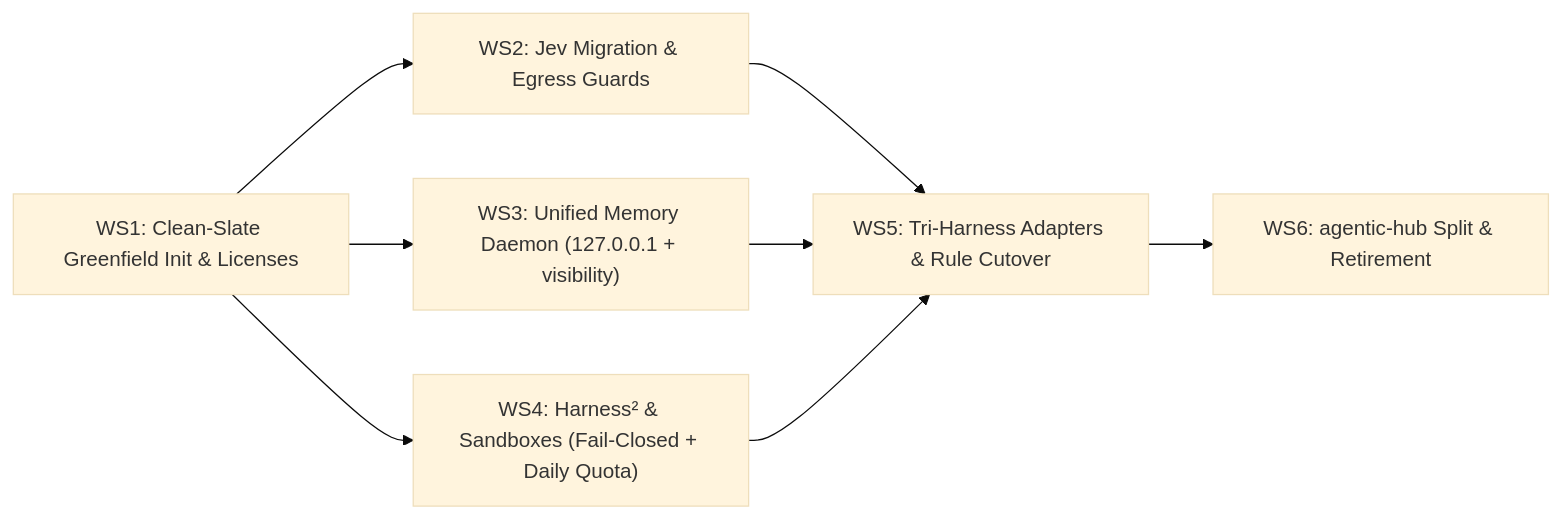
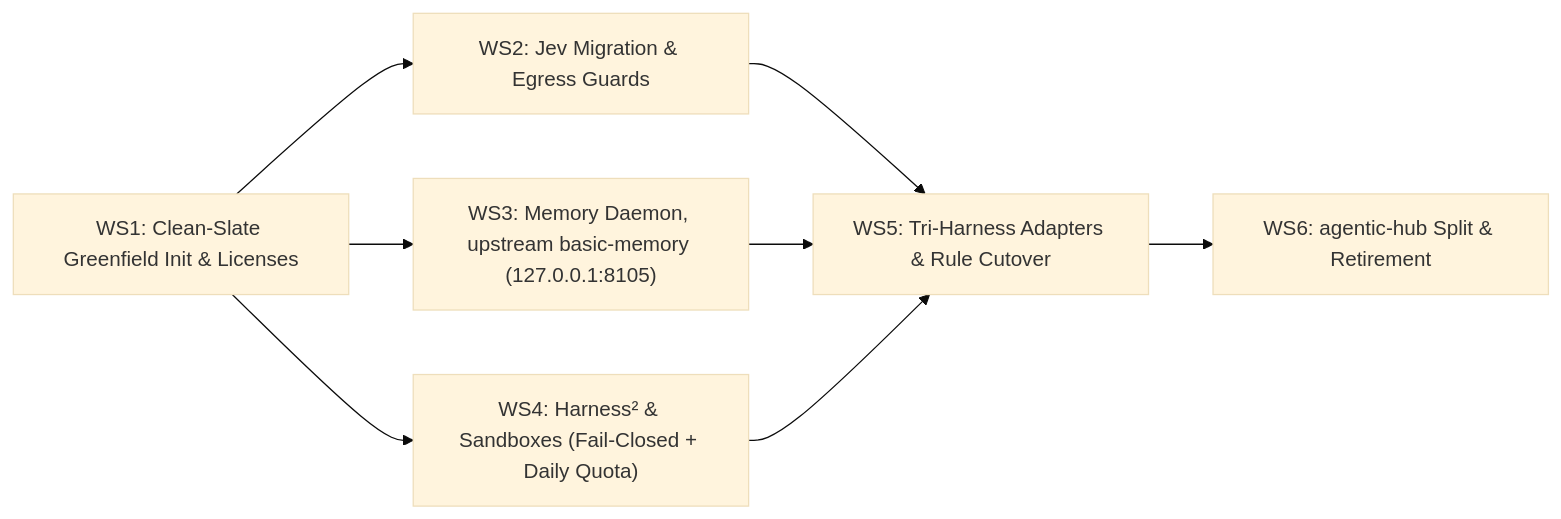
Before and after one commit to rockad/cognitive-engine: the second of 2 diagrams in docs/rfc/001-harness2-jev-unified-cognitive-substrate.md, drawn with Mermaid (base theme). The commit also changed other lines of this file, not shown here.

````diff
--- a/docs/rfc/001-harness2-jev-unified-cognitive-substrate.md
+++ b/docs/rfc/001-harness2-jev-unified-cognitive-substrate.md
@@ -239,8 +240,8 @@
 ```mermaid
 flowchart LR
     WS1["WS1: Clean-Slate Greenfield Init & Licenses"] --> WS2["WS2: Jev Migration & Egress Guards"]
-    WS1 --> WS3["WS3: Unified Memory Daemon (127.0.0.1 + visibility)"]
+    WS1 --> WS3["WS3: Memory Daemon, upstream basic-memory (127.0.0.1:8105)"]
     WS1 --> WS4["WS4: Harness² & Sandboxes (Fail-Closed + Daily Quota)"]
     WS2 & WS3 & WS4 --> WS5["WS5: Tri-Harness Adapters & Rule Cutover"]
     WS5 --> WS6["WS6: agentic-hub Split & Retirement"]
 ```
````
